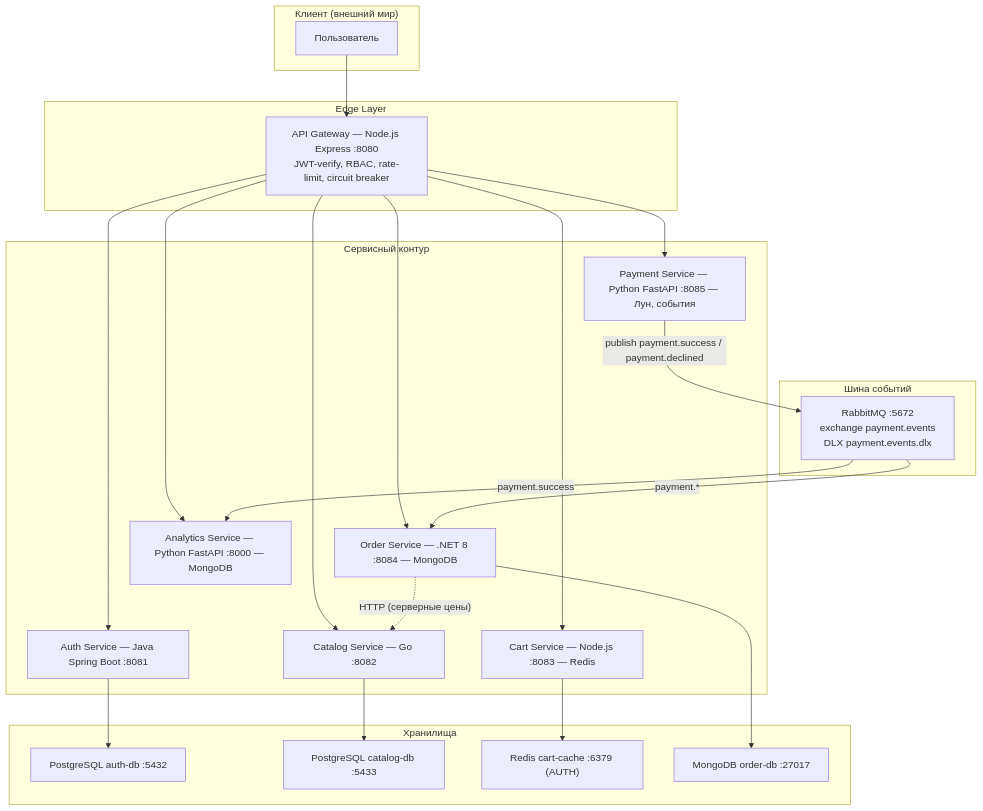
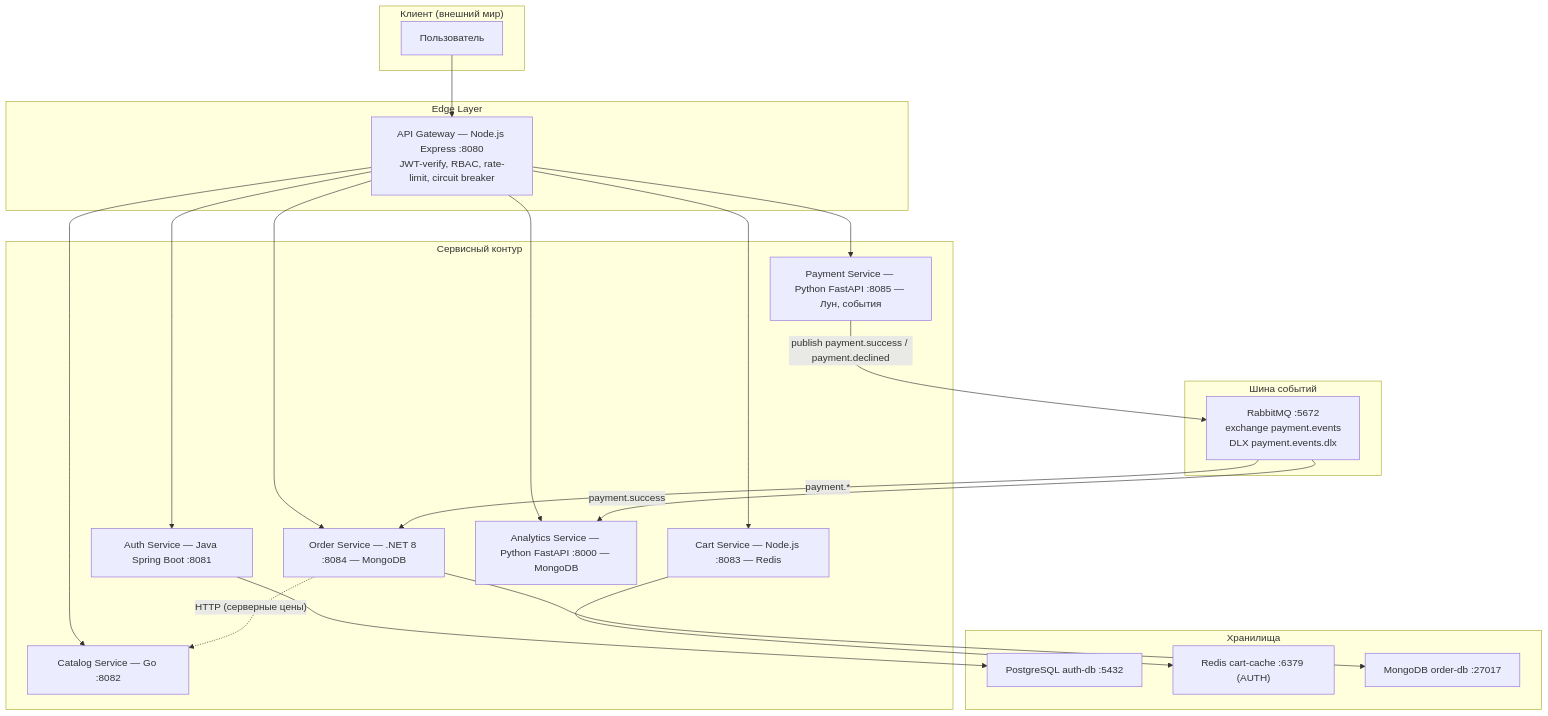
The second of 3 diagrams in docs/ARCHITECTURE.md (GansGanrnett/docker-project), drawn with Mermaid before and after one commit. The commit also changed other lines of this file and 10 other files, not shown here.

````diff
--- a/docs/ARCHITECTURE.md
+++ b/docs/ARCHITECTURE.md
@@ -111,48 +109,46 @@
 ```mermaid
 flowchart TD
     subgraph ClientV["Клиент (внешний мир)"]
         U["Пользователь"]
     end
 
     subgraph EdgeV["Edge Layer"]
         GW["API Gateway — Node.js Express :8080<br/>JWT-verify, RBAC, rate-limit, circuit breaker"]
     end
 
     subgraph SrvV["Сервисный контур"]
         AUTH["Auth Service — Java Spring Boot :8081"]
         CAT["Catalog Service — Go :8082"]
         CART["Cart Service — Node.js :8083 — Redis"]
         ORD["Order Service — .NET 8 :8084 — MongoDB"]
         PAY["Payment Service — Python FastAPI :8085 — Лун, события"]
         AN["Analytics Service — Python FastAPI :8000 — MongoDB"]
     end
 
     subgraph DataV["Хранилища"]
         PG_A["PostgreSQL auth-db :5432"]
-        PG_C["PostgreSQL catalog-db :5433"]
         REDIS["Redis cart-cache :6379 (AUTH)"]
         MONGO["MongoDB order-db :27017"]
     end
 
     subgraph BusV["Шина событий"]
         RMQ["RabbitMQ :5672<br/>exchange payment.events<br/>DLX payment.events.dlx"]
     end
 
     U --> GW
     GW --> AUTH
     GW --> CAT
     GW --> CART
     GW --> ORD
     GW --> PAY
     GW --> AN
 
     AUTH --> PG_A
-    CAT --> PG_C
-    CART --> REDIS
+        CART --> REDIS
     ORD --> MONGO
     ORD -.->|"HTTP (серверные цены)"| CAT
 
     PAY -->|"publish payment.success / payment.declined"| RMQ
     RMQ -->|"payment.success"| AN
     RMQ -->|"payment.*"| ORD
 ```
````
